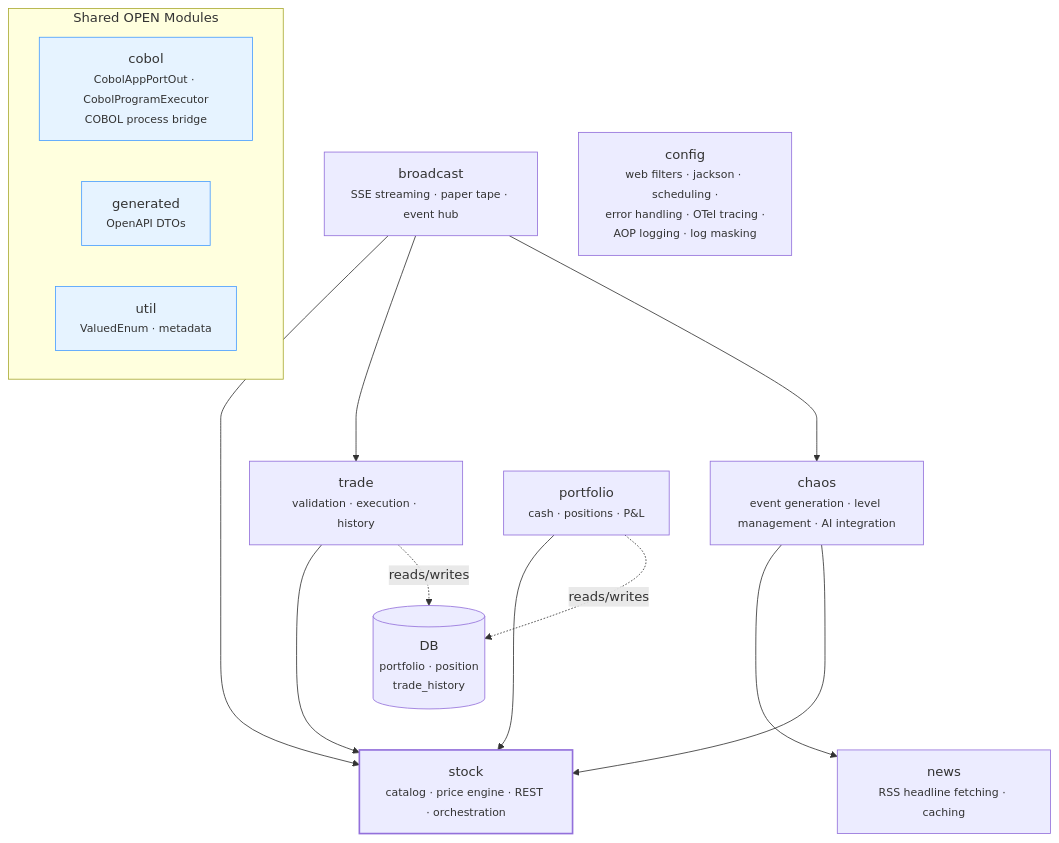
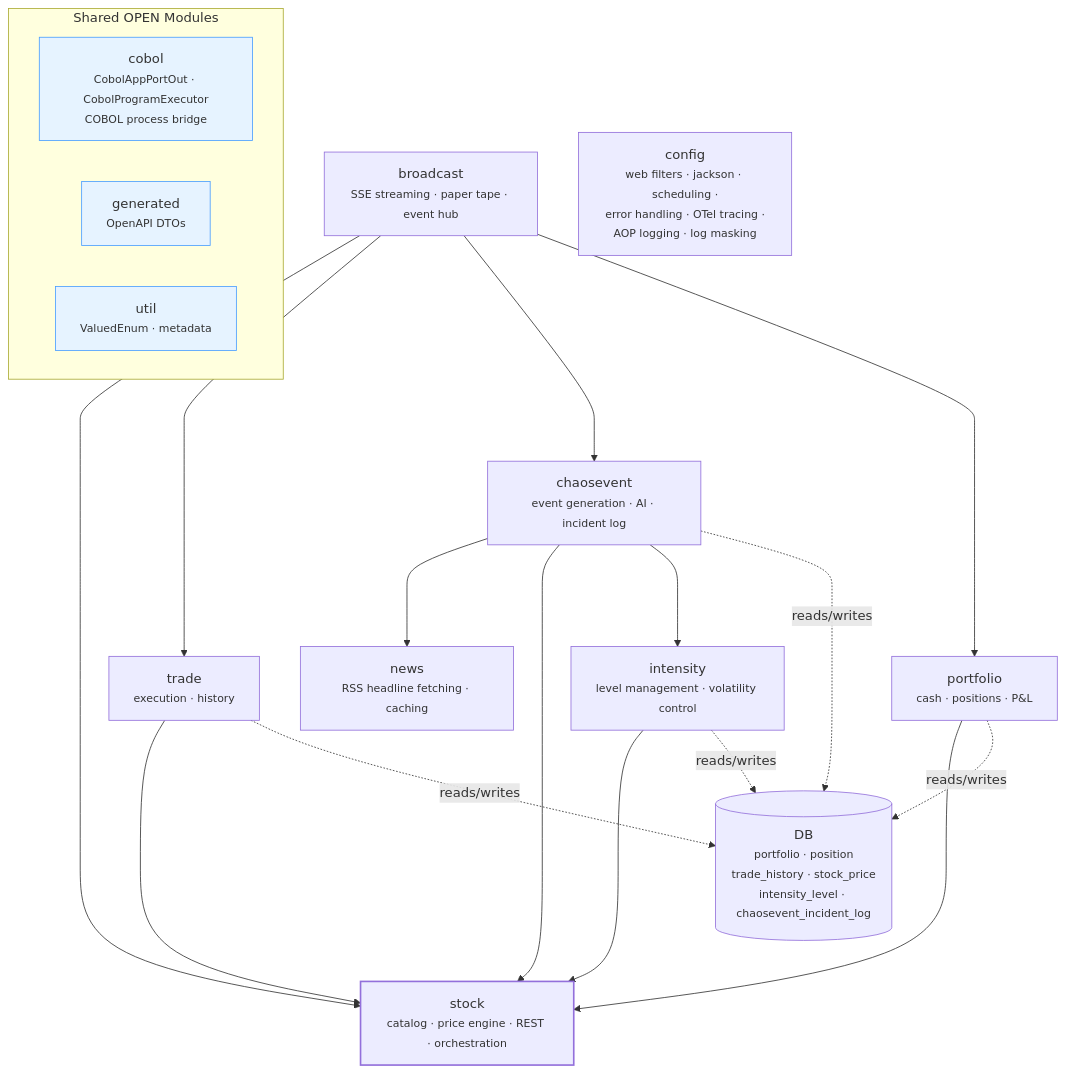
The first of 4 diagrams in stonks_java/README.md (franBec/stonks-simulator), drawn with Mermaid before and after one commit. The commit also changed other lines of this file and 182 other files, not shown here.

````diff
--- a/stonks_java/README.md
+++ b/stonks_java/README.md
@@ -39,35 +39,41 @@
 ```mermaid
 graph TB
     broadcast["broadcast<br/><small>SSE streaming · paper tape · event hub</small>"]
     stock["stock<br/><small>catalog · price engine · REST · orchestration</small>"]
-    trade["trade<br/><small>validation · execution · history</small>"]
-    chaos["chaos<br/><small>event generation · level management · AI integration</small>"]
+    trade["trade<br/><small>execution · history</small>"]
+    chaosevent["chaosevent<br/><small>event generation · AI · incident log</small>"]
+    intensity["intensity<br/><small>level management · volatility control</small>"]
     news["news<br/><small>RSS headline fetching · caching</small>"]
     portfolio["portfolio<br/><small>cash · positions · P&L</small>"]
-    db[("DB<br/><small>portfolio · position<br/>trade_history</small>")]
+    db[("DB<br/><small>portfolio · position<br/>trade_history · stock_price<br/>intensity_level · chaosevent_incident_log</small>")]
 
     subgraph OPEN ["Shared OPEN Modules"]
         cobol["cobol<br/><small>CobolAppPortOut · CobolProgramExecutor<br/>COBOL process bridge</small>"]
         generated["generated<br/><small>OpenAPI DTOs</small>"]
         util["util<br/><small>ValuedEnum · metadata</small>"]
     end
 
     config["config<br/><small>web filters · jackson · scheduling ·<br/>error handling · OTel tracing ·<br/>AOP logging · log masking</small>"]
 
     broadcast ---> stock
     broadcast ---> trade
-    broadcast ---> chaos
+    broadcast ---> chaosevent
+    broadcast ---> portfolio
 
     trade ---> stock
-    chaos ---> news
-    chaos ---> stock
+    chaosevent ---> news
+    chaosevent ---> stock
+    chaosevent ---> intensity
+    intensity ---> stock
     portfolio ---> stock
 
     portfolio -.->|reads/writes| db
     trade -.->|reads/writes| db
+    intensity -.->|reads/writes| db
+    chaosevent -.->|reads/writes| db
 
     style stock stroke-width:2px
     style cobol fill:#e6f3ff,stroke:#4a9eff
     style generated fill:#e6f3ff,stroke:#4a9eff
     style util fill:#e6f3ff,stroke:#4a9eff
 ```
````
